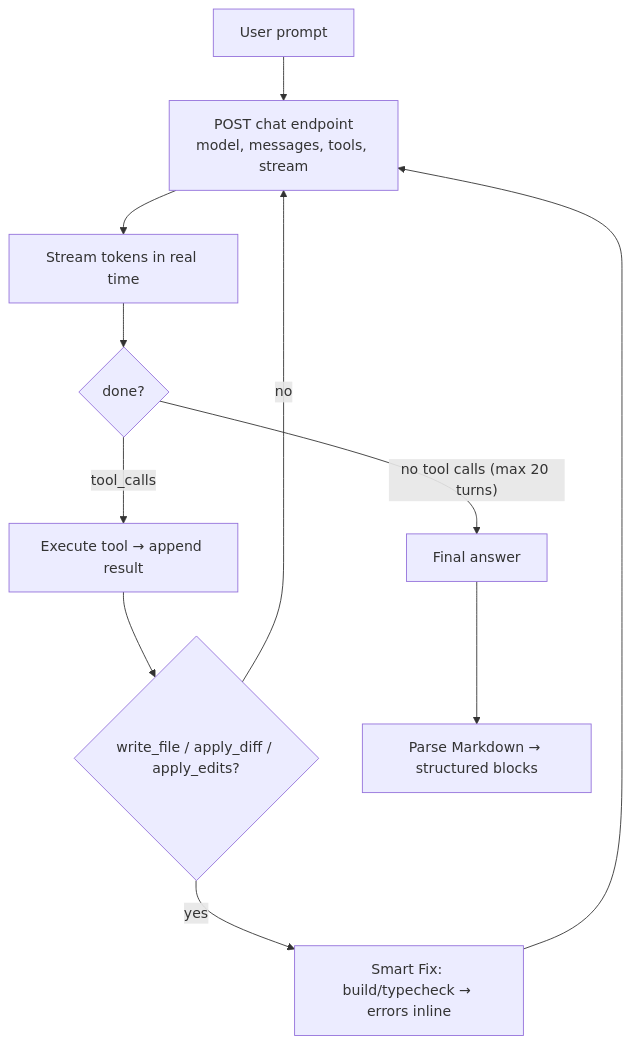
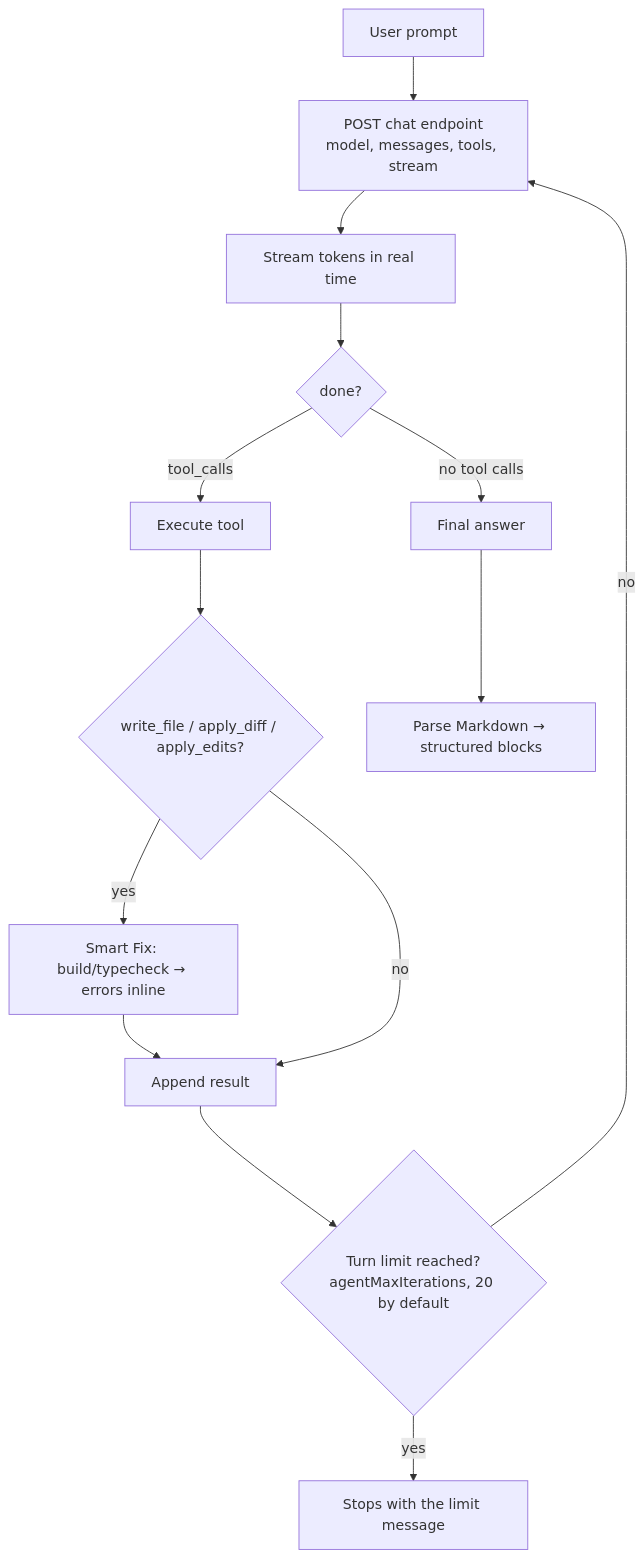
One commit to EstaxNet/Inferpal changed the second of 2 diagrams in docs/architecture.md. Above: the diagram before and after it, drawn with Mermaid. The commit also changed other lines of this file and 36 other files, not shown here.

````diff
--- a/docs/architecture.md
+++ b/docs/architecture.md
@@ -105,13 +187,16 @@
 ```mermaid
 flowchart TD
-    p[User prompt] --> req[POST chat endpoint<br/>model, messages, tools, stream]
-    req --> stream[Stream tokens in real time]
-    stream --> done{done?}
-    done -- "tool_calls" --> exec[Execute tool → append result]
-    exec --> smart{write_file / apply_diff / apply_edits?}
-    smart -- yes --> fix[Smart Fix: build/typecheck → errors inline]
-    fix --> req
-    smart -- no --> req
-    done -- "no tool calls (max 20 turns)" --> final[Final answer]
-    final --> render[Parse Markdown → structured blocks]
+    p["User prompt"] --> req["POST chat endpoint<br/>model, messages, tools, stream"]
+    req --> stream["Stream tokens in real time"]
+    stream --> done{"done?"}
+    done -- "tool_calls" --> exec["Execute tool"]
+    exec --> smart{"write_file / apply_diff / apply_edits?"}
+    smart -- "yes" --> fix["Smart Fix: build/typecheck → errors inline"]
+    fix --> add["Append result"]
+    smart -- "no" --> add
+    add --> cap{"Turn limit reached?<br/>agentMaxIterations, 20 by default"}
+    cap -- "no" --> req
+    cap -- "yes" --> stop["Stops with the limit message"]
+    done -- "no tool calls" --> final["Final answer"]
+    final --> render["Parse Markdown → structured blocks"]
 ```
````
